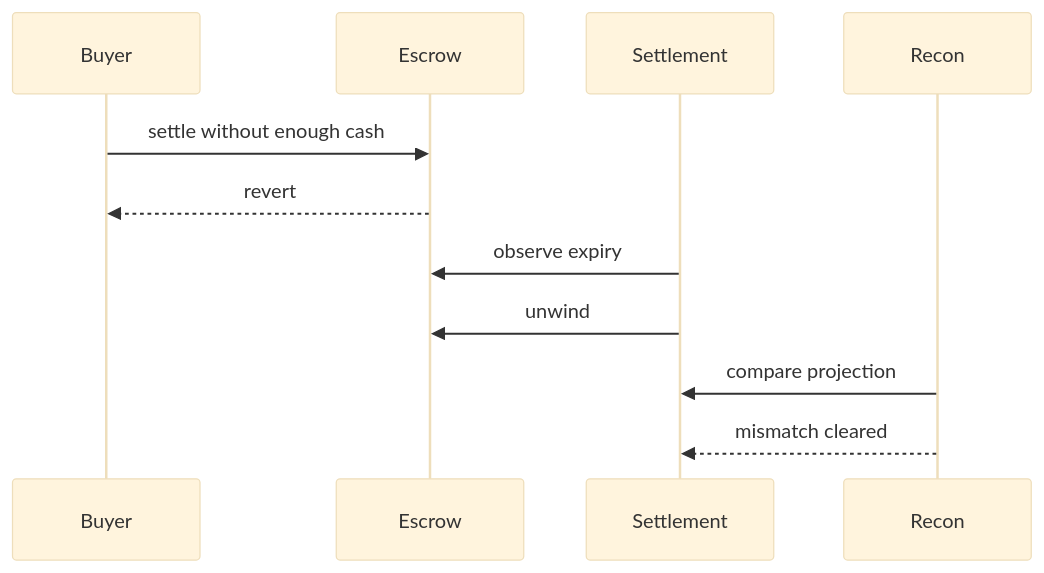
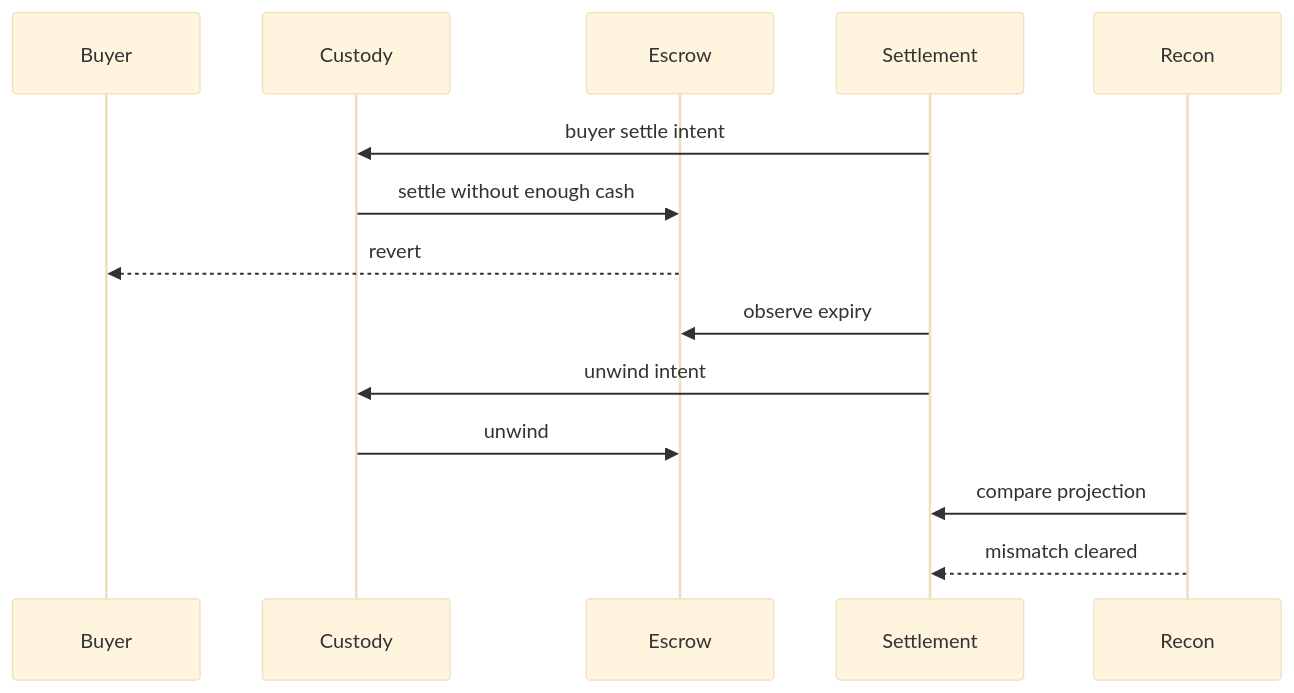
Before and after one commit to vishnugovind10/tokenize-stack: the third of 4 diagrams in ARCHITECTURE.md, drawn with Mermaid (base theme). The commit also changed other lines of this file and 15 other files, not shown here.

Commit message:
feat(settlement): route escrow state through custody

````diff
--- a/ARCHITECTURE.md
+++ b/ARCHITECTURE.md
@@ -53,13 +57,16 @@
 ```mermaid
 sequenceDiagram
     participant Buyer
+    participant Custody
     participant Escrow
     participant Settlement
     participant Recon
-    Buyer->>Escrow: settle without enough cash
+    Settlement->>Custody: buyer settle intent
+    Custody->>Escrow: settle without enough cash
     Escrow-->>Buyer: revert
     Settlement->>Escrow: observe expiry
-    Settlement->>Escrow: unwind
+    Settlement->>Custody: unwind intent
+    Custody->>Escrow: unwind
     Recon->>Settlement: compare projection
     Recon-->>Settlement: mismatch cleared
 ```
````
